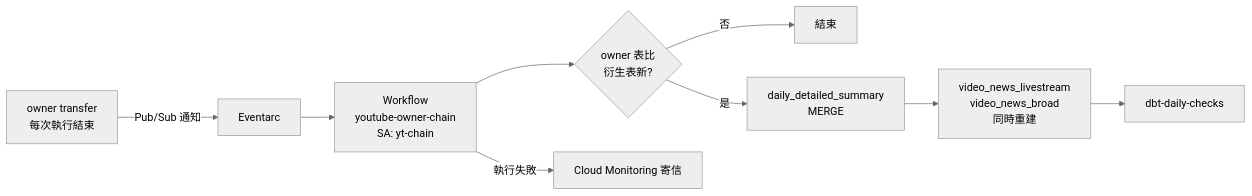
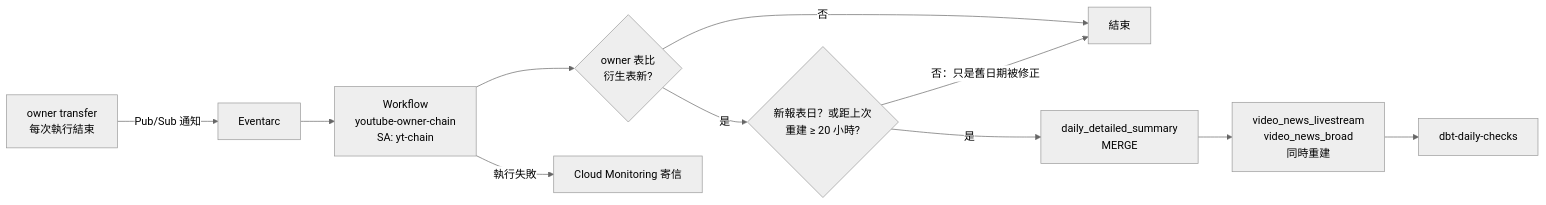
One commit to shangweiyang79/taiwanplus-dbt changed the second of 2 diagrams in orchestration/README.md. Above: the diagram before and after it, drawn with Mermaid (neutral theme). The commit also changed other lines of this file and 2 other files, not shown here.

Commit message:
Throttle youtube-owner-chain: rebuild on new report day, corrections at most every 20h
The owner transfer rewrites older partitions a dozen times a day (YouTube
corrections). Each rewrite bumped last_modified_time, so the chain rebuilt
4-12 times a day and re-ran dbt-daily-checks each time: 2.7 TiB scanned in
2026-11-01..26, the main driver of that month's BigQuery bill.

Now a new report day (same comparison as
assert_youtube_summary_caught_up_with_owner) refreshes immediately; a
correction-only rewrite refreshes only if the derived tables are >= 20h old.
The check query costs ~50 KB. force=true still bypasses everything.

````diff
--- a/orchestration/README.md
+++ b/orchestration/README.md
@@ -38,8 +38,10 @@
 ```mermaid
 flowchart LR
     DTS["owner transfer<br/>每次執行結束"] -->|Pub/Sub 通知| EA["Eventarc"] --> WF["Workflow<br/>youtube-owner-chain<br/>SA: yt-chain"]
     WF --> Q{"owner 表比<br/>衍生表新?"}
     Q -->|否| END["結束"]
-    Q -->|是| S1["daily_detailed_summary<br/>MERGE"] --> S2["video_news_livestream<br/>video_news_broad<br/>同時重建"] --> DBT["dbt-daily-checks"]
+    Q -->|是| T{"新報表日？或距上次<br/>重建 ≥ 20 小時?"}
+    T -->|否：只是舊日期被修正| END
+    T -->|是| S1["daily_detailed_summary<br/>MERGE"] --> S2["video_news_livestream<br/>video_news_broad<br/>同時重建"] --> DBT["dbt-daily-checks"]
     WF -->|執行失敗| MON["Cloud Monitoring 寄信"]
 ```
````
